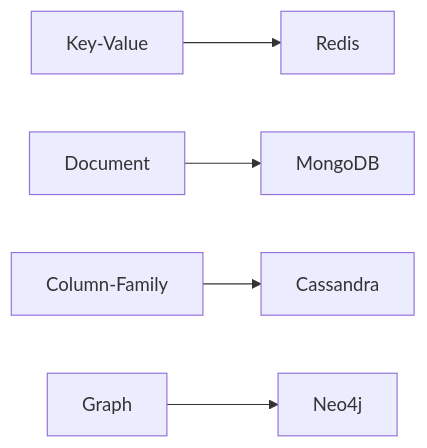
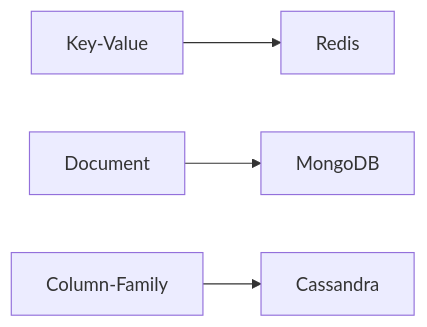
One commit to yjkim2015/yjkim2015.github.io changed the first of 7 diagrams in _posts/nosql/2026-05-03-nosql-comparison.md. Above: the diagram before and after it, drawn with Mermaid. The commit also changed other lines of this file and 149 other files, not shown here.

First line of the commit message:
Mermaid 가독성 개선: 라벨 축약, 노드 축소, TD→LR 변환

````diff
--- a/_posts/nosql/2026-05-03-nosql-comparison.md
+++ b/_posts/nosql/2026-05-03-nosql-comparison.md
@@ -22,7 +22,6 @@
 ```mermaid
 graph LR
     KV["Key-Value"] --> R["Redis"]
     DOC["Document"] --> M["MongoDB"]
     CF["Column-Family"] --> C["Cassandra"]
-    GR["Graph"] --> N["Neo4j"]
 ```
````
